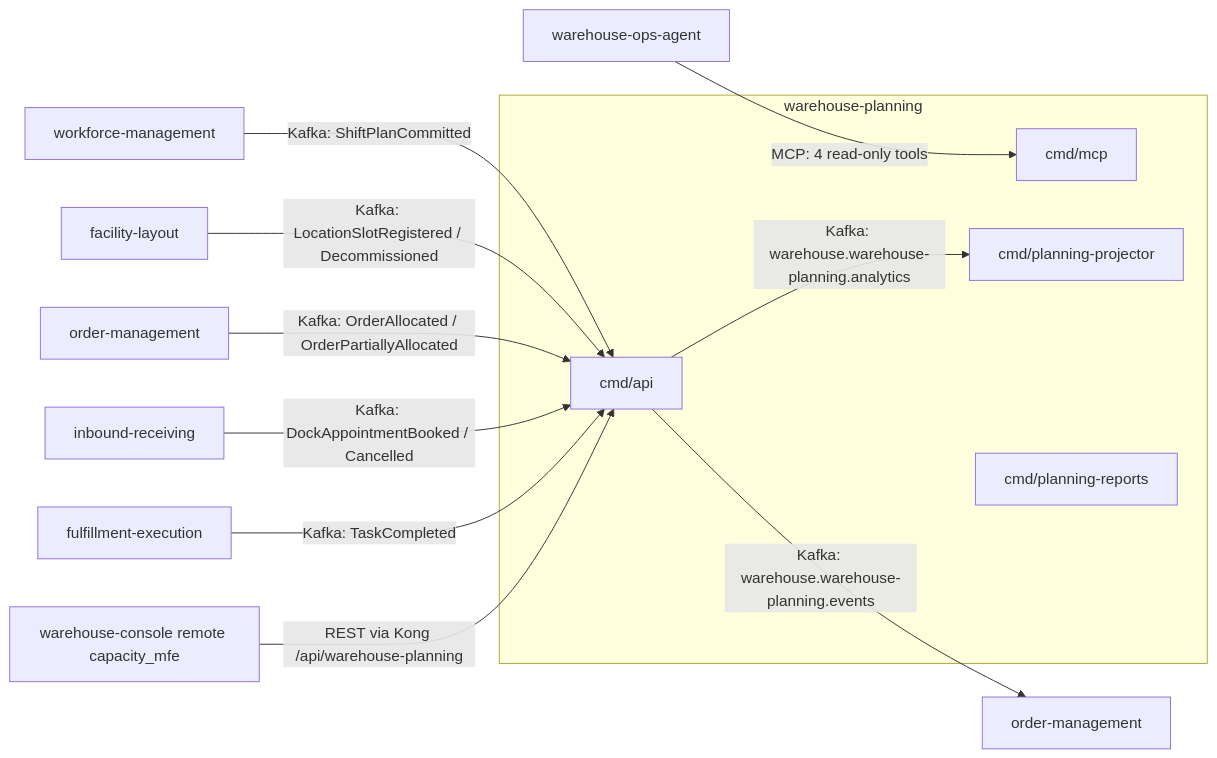
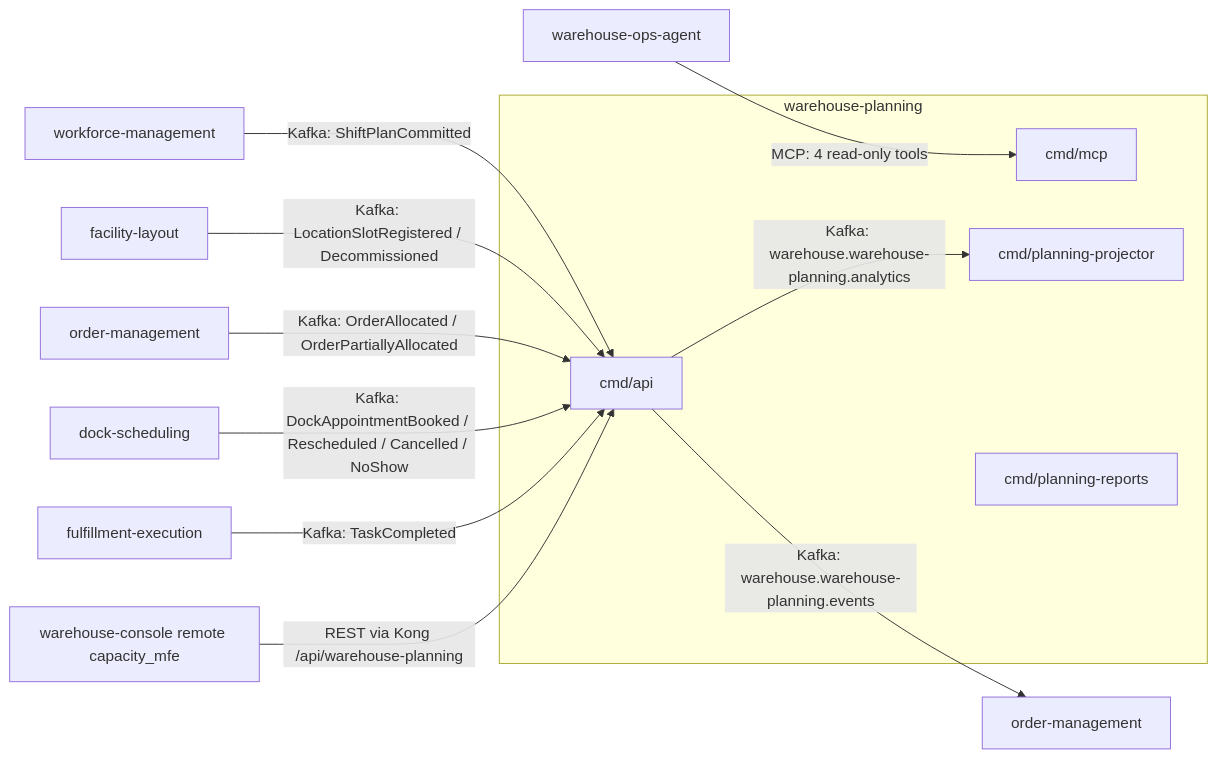
The diagram in docs/docs/ecosystem/upstream-contracts.md (IQVO/warehouse-planning), drawn with Mermaid before and after one commit. The commit also changed other lines of this file and 59 other files, not shown here.

First line of the commit message:
feat(inbound-demand): read dock appointments from dock-scheduling (ADR 0020) (#109)

````diff
--- a/docs/docs/ecosystem/upstream-contracts.md
+++ b/docs/docs/ecosystem/upstream-contracts.md
@@ -19,18 +19,18 @@
 ```mermaid
 flowchart LR
   WFM[workforce-management] -- "Kafka: ShiftPlanCommitted" --> API
   FL[facility-layout] -- "Kafka: LocationSlotRegistered / Decommissioned" --> API
   OM1[order-management] -- "Kafka: OrderAllocated / OrderPartiallyAllocated" --> API
-  IR[inbound-receiving] -- "Kafka: DockAppointmentBooked / Cancelled" --> API
+  DS[dock-scheduling] -- "Kafka: DockAppointmentBooked / Rescheduled / Cancelled / NoShow" --> API
   FE[fulfillment-execution] -- "Kafka: TaskCompleted" --> API
   CON[warehouse-console remote capacity_mfe] -- "REST via Kong /api/warehouse-planning" --> API
   AGT[warehouse-ops-agent] -- "MCP: 4 read-only tools" --> MCP
   subgraph WP[warehouse-planning]
     API[cmd/api]
     MCP[cmd/mcp]
     PROJ[cmd/planning-projector]
     REP[cmd/planning-reports]
   end
   API -- "Kafka: warehouse.warehouse-planning.events" --> OM2[order-management]
   API -- "Kafka: warehouse.warehouse-planning.analytics" --> PROJ
 ```
````
